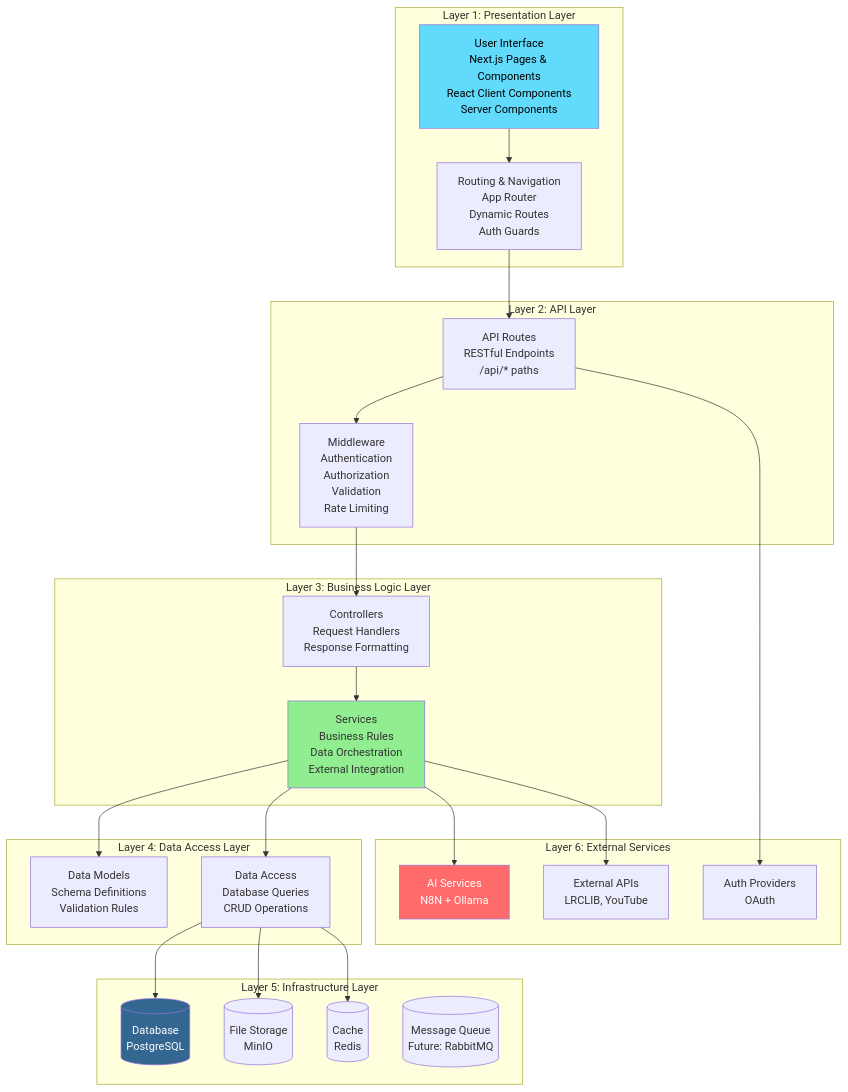
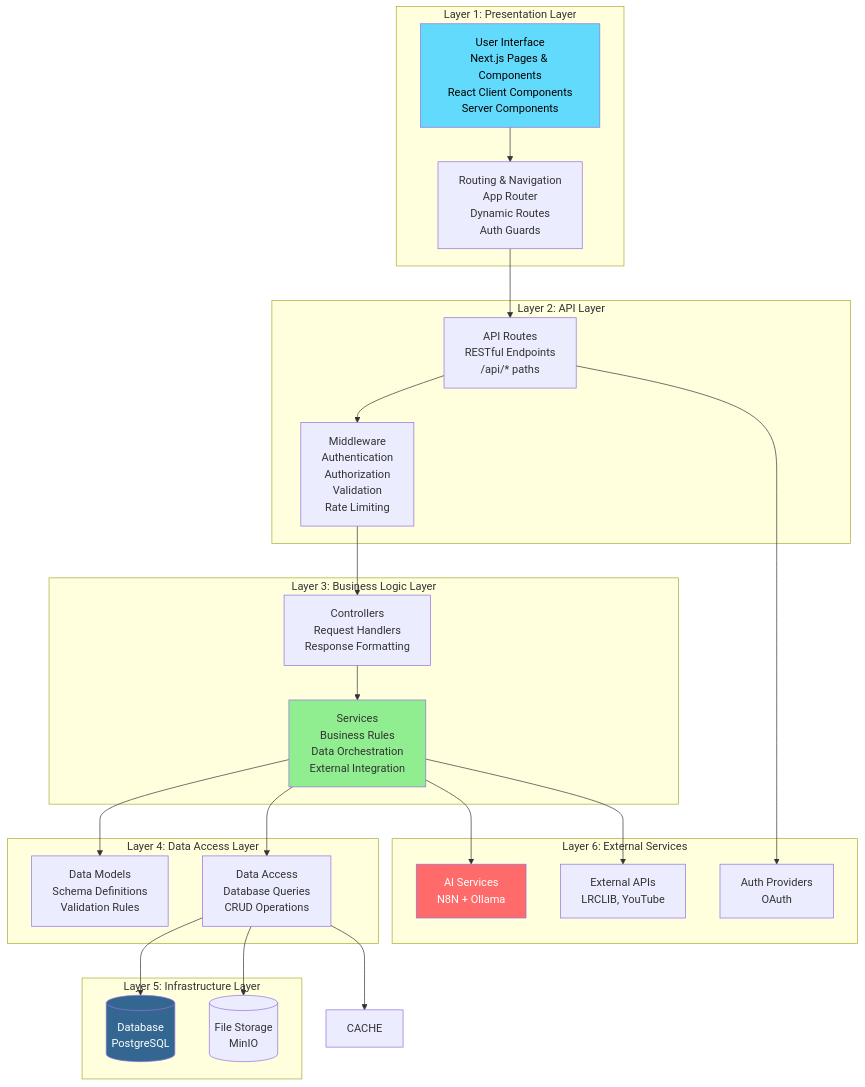
Before and after one commit to tikpoptv/MUSE-MUSIC: the fourth of 7 diagrams in diagrams/high-level-diagram.md, drawn with Mermaid. The commit also changed other lines of this file and 1 other file, not shown here.

First line of the commit message:
Remove Redis cache references from architecture docs

````diff
--- a/diagrams/high-level-diagram.md
+++ b/diagrams/high-level-diagram.md
@@ -173,54 +170,52 @@
 ```mermaid
 graph TB
     subgraph "Layer 1: Presentation Layer"
         UI[User Interface<br/>Next.js Pages & Components<br/>React Client Components<br/>Server Components]
         ROUTING[Routing & Navigation<br/>App Router<br/>Dynamic Routes<br/>Auth Guards]
     end
     
     subgraph "Layer 2: API Layer"
         ROUTES[API Routes<br/>RESTful Endpoints<br/>/api/* paths]
         MIDDLEWARE[Middleware<br/>Authentication<br/>Authorization<br/>Validation<br/>Rate Limiting]
     end
     
     subgraph "Layer 3: Business Logic Layer"
         CONTROLLERS[Controllers<br/>Request Handlers<br/>Response Formatting]
         SERVICES[Services<br/>Business Rules<br/>Data Orchestration<br/>External Integration]
     end
     
     subgraph "Layer 4: Data Access Layer"
         MODELS[Data Models<br/>Schema Definitions<br/>Validation Rules]
         DAO[Data Access<br/>Database Queries<br/>CRUD Operations]
     end
     
     subgraph "Layer 5: Infrastructure Layer"
         DB[(Database<br/>PostgreSQL)]
         STORAGE[(File Storage<br/>MinIO)]
-        CACHE[(Cache<br/>Redis)]
-        QUEUE[(Message Queue<br/>Future: RabbitMQ)]
     end
     
     subgraph "Layer 6: External Services"
         AI[AI Services<br/>N8N + Ollama]
         APIS[External APIs<br/>LRCLIB, YouTube]
         AUTH[Auth Providers<br/>OAuth]
     end
     
     UI --> ROUTING
     ROUTING --> ROUTES
     ROUTES --> MIDDLEWARE
     MIDDLEWARE --> CONTROLLERS
     CONTROLLERS --> SERVICES
     SERVICES --> MODELS
     SERVICES --> DAO
     DAO --> DB
     DAO --> STORAGE
     DAO --> CACHE
     SERVICES --> AI
     SERVICES --> APIS
     ROUTES --> AUTH
     
     style UI fill:#61dafb,color:#000
     style SERVICES fill:#90ee90
     style DB fill:#336791,color:#fff
     style AI fill:#ff6b6b,color:#fff
 ```
````
